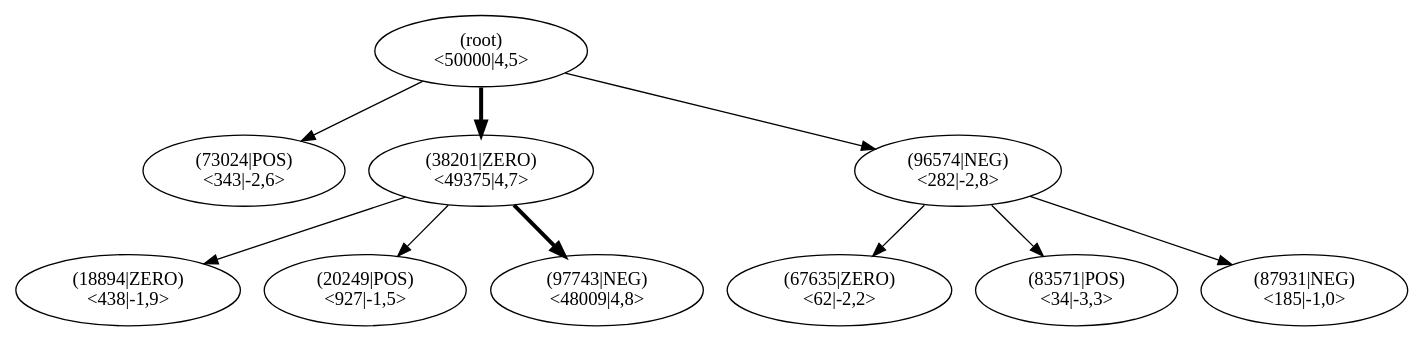
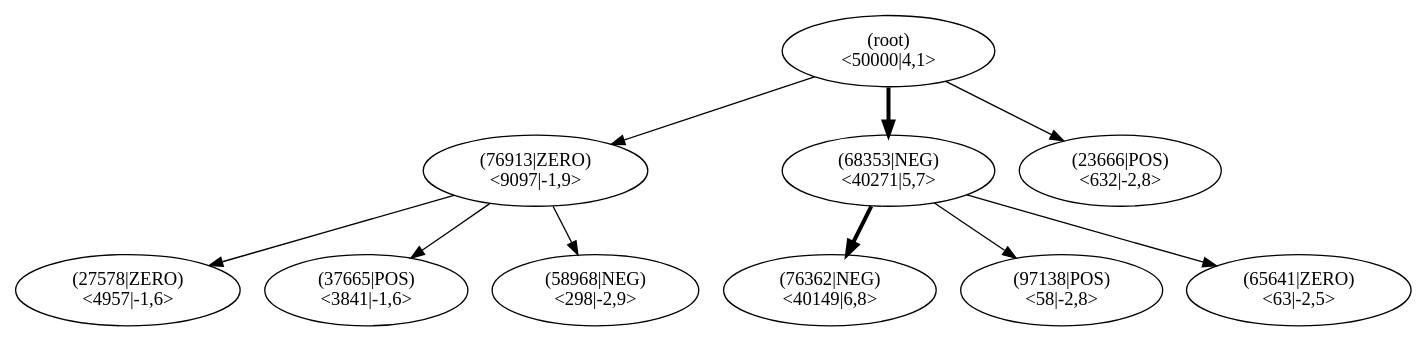
Before and after one commit to JonasHellgren/relexp-java: the diagram in pictures/ch13/lane_runner_mcts.dot, drawn with Graphviz. The commit also changed 39 other files, not shown here.

```diff
--- a/pictures/ch13/lane_runner_mcts.dot
+++ b/pictures/ch13/lane_runner_mcts.dot
@@ -1,32 +1,32 @@
 digraph MCTS {
 node [shape=ellipse];
 Nroot [label="(root)
-<50000|4,5>"];
-Nroot -> N73024[penwidth=1];
-N73024 [label="(73024|POS)
-<343|-2,6>"];
-Nroot -> N38201[penwidth=3];
-N38201 [label="(38201|ZERO)
-<49375|4,7>"];
-N38201 -> N18894[penwidth=1];
-N18894 [label="(18894|ZERO)
-<438|-1,9>"];
-N38201 -> N20249[penwidth=1];
-N20249 [label="(20249|POS)
-<927|-1,5>"];
-N38201 -> N97743[penwidth=3];
-N97743 [label="(97743|NEG)
-<48009|4,8>"];
-Nroot -> N96574[penwidth=1];
-N96574 [label="(96574|NEG)
-<282|-2,8>"];
-N96574 -> N67635[penwidth=1];
-N67635 [label="(67635|ZERO)
-<62|-2,2>"];
-N96574 -> N83571[penwidth=1];
-N83571 [label="(83571|POS)
-<34|-3,3>"];
-N96574 -> N87931[penwidth=1];
-N87931 [label="(87931|NEG)
-<185|-1,0>"];
+<50000|4,1>"];
+Nroot -> N76913[penwidth=1];
+N76913 [label="(76913|ZERO)
+<9097|-1,9>"];
+N76913 -> N27578[penwidth=1];
+N27578 [label="(27578|ZERO)
+<4957|-1,6>"];
+N76913 -> N37665[penwidth=1];
+N37665 [label="(37665|POS)
+<3841|-1,6>"];
+N76913 -> N58968[penwidth=1];
+N58968 [label="(58968|NEG)
+<298|-2,9>"];
+Nroot -> N68353[penwidth=3];
+N68353 [label="(68353|NEG)
+<40271|5,7>"];
+N68353 -> N76362[penwidth=3];
+N76362 [label="(76362|NEG)
+<40149|6,8>"];
+N68353 -> N97138[penwidth=1];
+N97138 [label="(97138|POS)
+<58|-2,8>"];
+N68353 -> N65641[penwidth=1];
+N65641 [label="(65641|ZERO)
+<63|-2,5>"];
+Nroot -> N23666[penwidth=1];
+N23666 [label="(23666|POS)
+<632|-2,8>"];
 }
```
